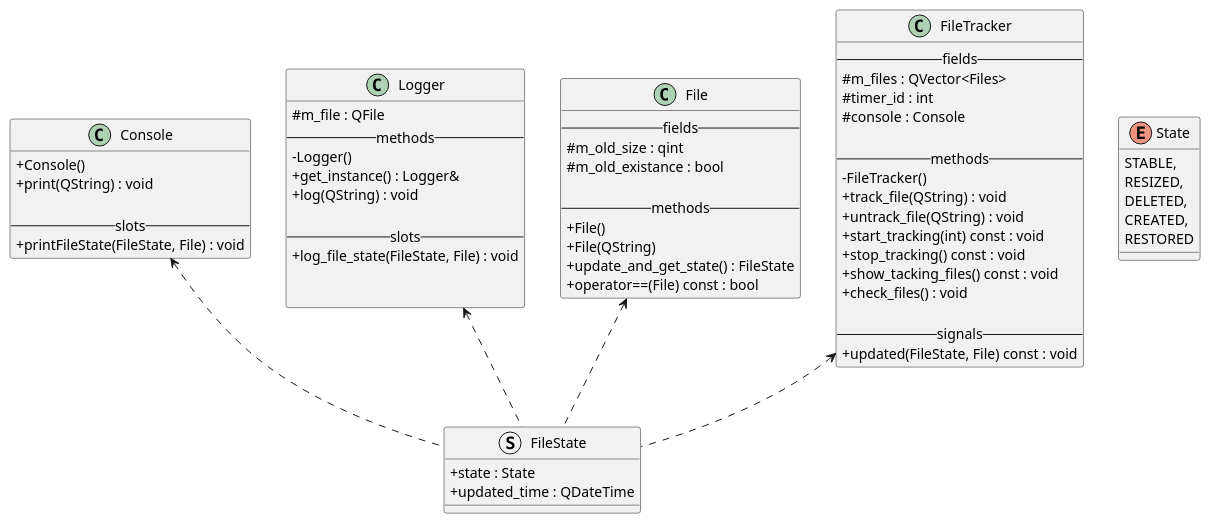
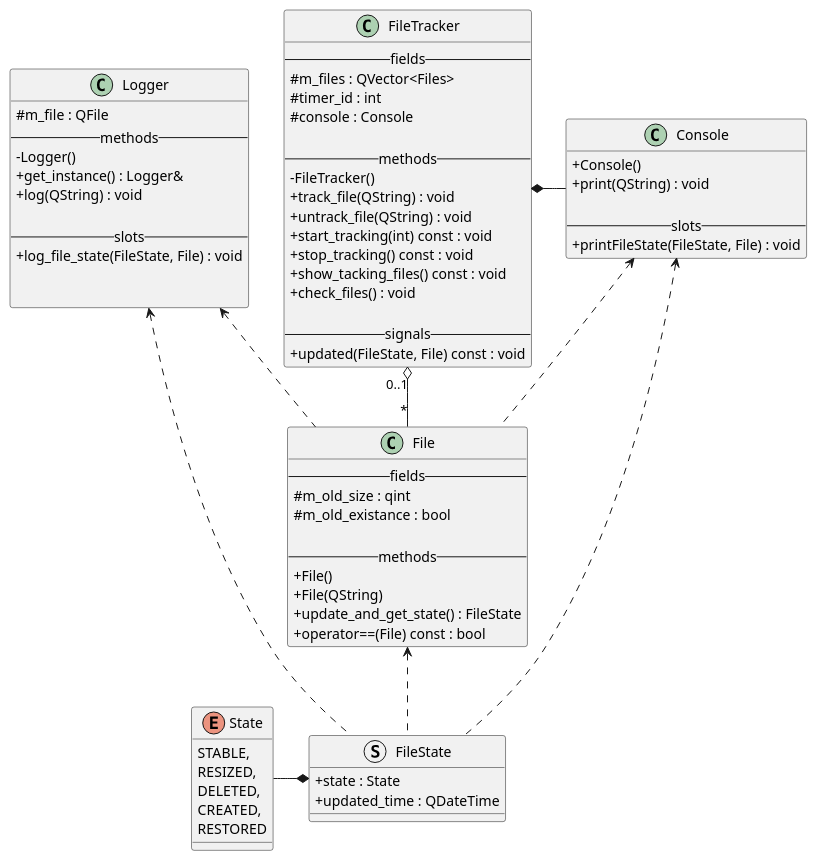
One commit to insert-zkm/QTConsoleFileManager changed the diagram in UML/instance.puml. Above: the diagram before and after it, drawn with PlantUML. The commit also changed 2 other files, not shown here.

Commit message:
class diagram fix

```diff
--- a/UML/instance.puml
+++ b/UML/instance.puml
@@ -1,74 +1,80 @@
 @startuml
 skinparam classAttributeIconSize 0
 
 class Console {
     + Console()
     + print(QString) : void
 
     -- slots --
     + printFileState(FileState, File) : void
 }
 
 class Logger {
     # m_file : QFile
     -- methods --
     - Logger()
     + get_instance() : Logger&
     + log(QString) : void
 
     -- slots --
     +log_file_state(FileState, File) : void
 
 
 }
 
 class File {
     -- fields --
     # m_old_size : qint
     # m_old_existance : bool
 
     -- methods --
     + File()
     + File(QString)
     + update_and_get_state() : FileState
     + operator==(File) const : bool
 }
 
 class FileTracker {
     -- fields --
     # m_files : QVector<Files>
     # timer_id : int
     # console : Console
 
     -- methods --
     - FileTracker()
     + track_file(QString) : void
     + untrack_file(QString) : void
     + start_tracking(int) const : void
     + stop_tracking() const : void
     + show_tacking_files() const : void
     + check_files() : void
 
     -- signals --
     + updated(FileState, File) const : void
 }
 
 enum State {
     STABLE,
     RESIZED,
     DELETED,
     CREATED,
     RESTORED
 }
 
 struct FileState {
     + state : State
     + updated_time : QDateTime
 }
 
-File <.. FileState
-FileTracker <.. FileState
+FileTracker "0..1" o-- "*" File
+FileTracker *-right- Console
+
+Logger <.. File
 Logger <.. FileState
+
+Console <.. File
 Console <.. FileState
 
+FileState *-left- State
+File <.. FileState
 @enduml
```
